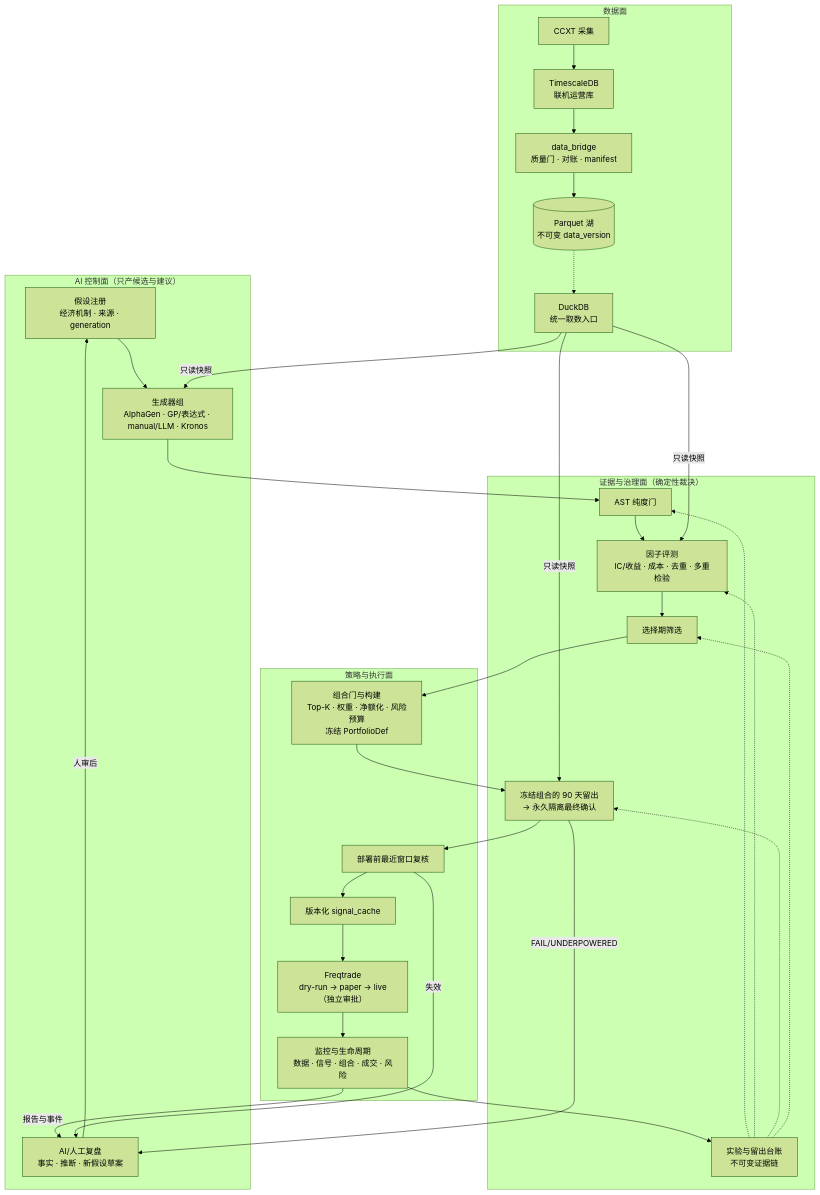
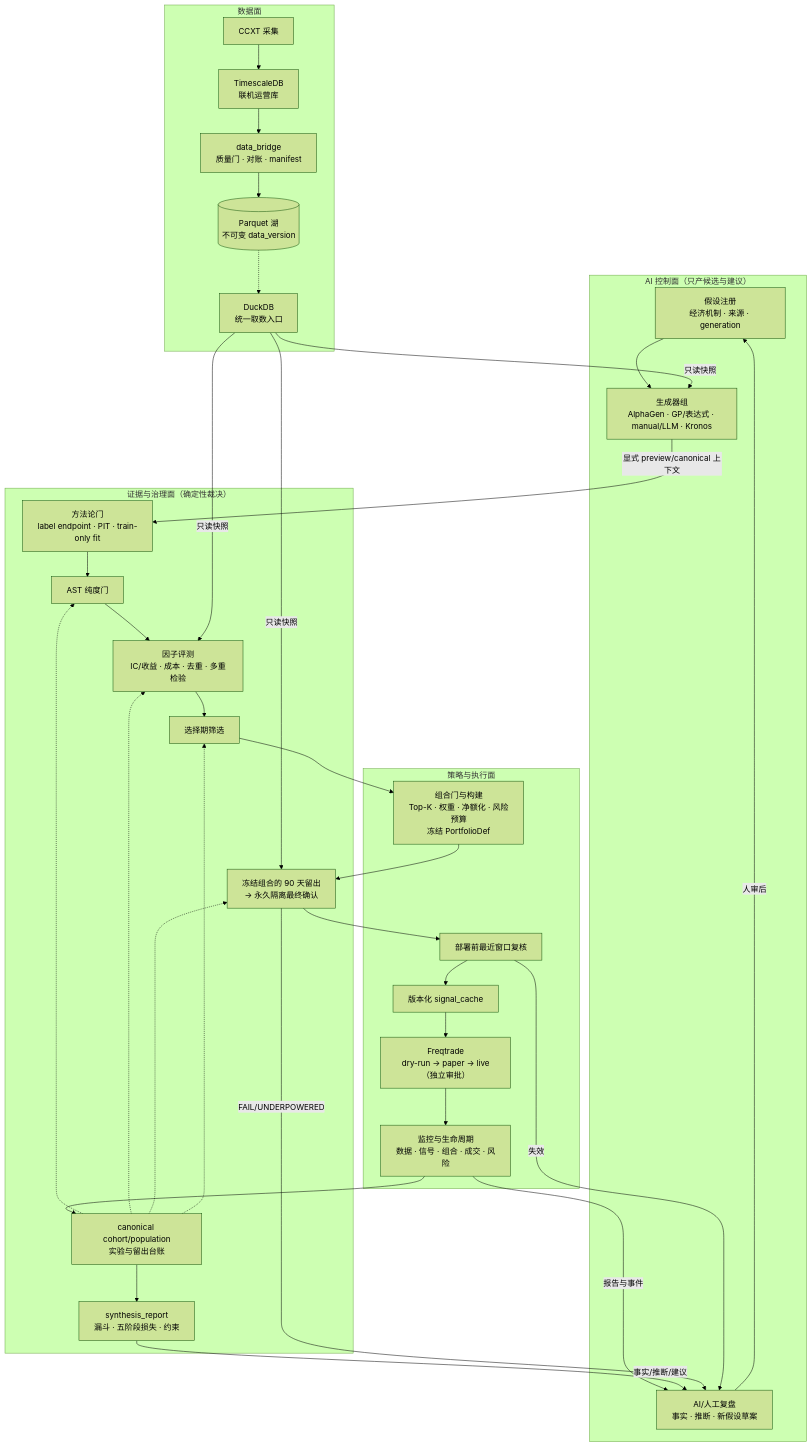
The first of 3 diagrams in docs/alphamill-architecture.md (Qiaozhi94/alphamill), drawn with Mermaid (forest theme) before and after one commit. The commit also changed other lines of this file and 10 other files, not shown here.

````diff
--- a/docs/alphamill-architecture.md
+++ b/docs/alphamill-architecture.md
@@ -69,53 +73,57 @@
 ```mermaid
 flowchart TB
     subgraph AI["AI 控制面（只产候选与建议）"]
         HYP["假设注册<br/>经济机制 · 来源 · generation"]
         GEN["生成器组<br/>AlphaGen · GP/表达式 · manual/LLM · Kronos"]
         POST["AI/人工复盘<br/>事实 · 推断 · 新假设草案"]
         HYP --> GEN
         POST -->|"人审后"| HYP
     end
 
     subgraph EVIDENCE["证据与治理面（确定性裁决）"]
+        METHOD["方法论门<br/>label endpoint · PIT · train-only fit"]
         PURITY["AST 纯度门"]
         BENCH["因子评测<br/>IC/收益 · 成本 · 去重 · 多重检验"]
         SELECT["选择期筛选"]
         GATE["冻结组合的 90 天留出<br/>→ 永久隔离最终确认"]
-        LEDGER["实验与留出台账<br/>不可变证据链"]
-        PURITY --> BENCH --> SELECT
+        LEDGER["canonical cohort/population<br/>实验与留出台账"]
+        SYNTH["synthesis_report<br/>漏斗 · 五阶段损失 · 约束"]
+        METHOD --> PURITY --> BENCH --> SELECT
+        LEDGER --> SYNTH
         LEDGER -.-> PURITY
         LEDGER -.-> BENCH
         LEDGER -.-> GATE
         LEDGER -.-> SELECT
     end
 
     subgraph TRADE["策略与执行面"]
         BUILD["组合门与构建<br/>Top-K · 权重 · 净额化 · 风险预算<br/>冻结 PortfolioDef"]
         RECHECK["部署前最近窗口复核"]
         CACHE["版本化 signal_cache"]
         FT["Freqtrade<br/>dry-run → paper → live（独立审批）"]
         MON["监控与生命周期<br/>数据 · 信号 · 组合 · 成交 · 风险"]
         RECHECK --> CACHE --> FT --> MON
     end
 
     subgraph DATA["数据面"]
         ING["CCXT 采集"]
         TSDB["TimescaleDB<br/>联机运营库"]
         BR["data_bridge<br/>质量门 · 对账 · manifest"]
         LAKE[("Parquet 湖<br/>不可变 data_version")]
         DDB["DuckDB<br/>统一取数入口"]
         ING --> TSDB --> BR --> LAKE
         LAKE -.-> DDB
     end
 
-    GEN --> PURITY
+    GEN -->|"显式 preview/canonical 上下文"| METHOD
     SELECT --> BUILD --> GATE
     GATE --> RECHECK
     DDB -->|"只读快照"| GEN
     DDB -->|"只读快照"| BENCH
     DDB -->|"只读快照"| GATE
     MON -->|"报告与事件"| POST
     MON --> LEDGER
+    SYNTH -->|"事实/推断/建议"| POST
     GATE -->|"FAIL/UNDERPOWERED"| POST
     RECHECK -->|"失效"| POST
 ```
````
